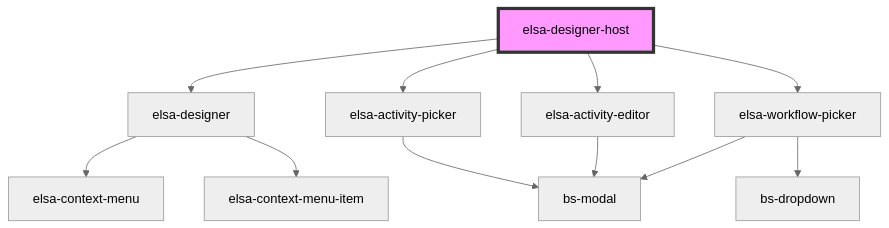
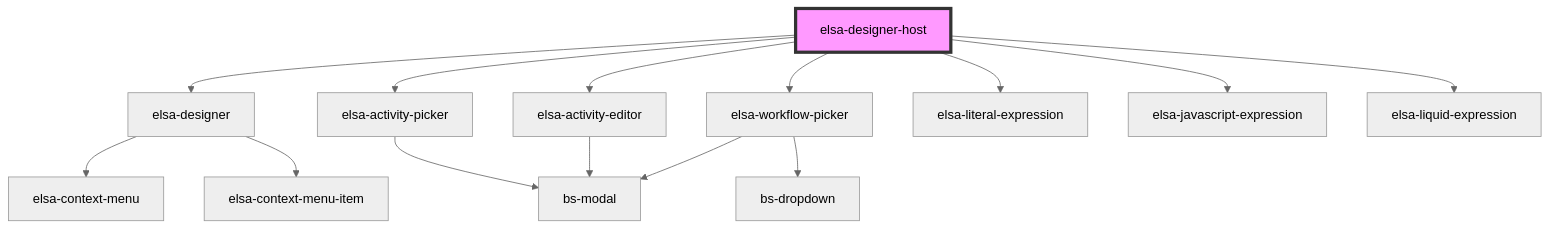
One commit to elsa-workflows/elsa-designer changed the diagram in v2/src/components/designer-host/readme.md. Above: the diagram before and after it, drawn with Mermaid (neutral theme). The commit also changed other lines of this file and 29 other files, not shown here.

````diff
--- a/v2/src/components/designer-host/readme.md
+++ b/v2/src/components/designer-host/readme.md
@@ -58,14 +61,17 @@
 ```mermaid
 graph TD;
   elsa-designer-host --> elsa-designer
   elsa-designer-host --> elsa-activity-picker
   elsa-designer-host --> elsa-activity-editor
   elsa-designer-host --> elsa-workflow-picker
+  elsa-designer-host --> elsa-literal-expression
+  elsa-designer-host --> elsa-javascript-expression
+  elsa-designer-host --> elsa-liquid-expression
   elsa-designer --> elsa-context-menu
   elsa-designer --> elsa-context-menu-item
   elsa-activity-picker --> bs-modal
   elsa-activity-editor --> bs-modal
   elsa-workflow-picker --> bs-dropdown
   elsa-workflow-picker --> bs-modal
   style elsa-designer-host fill:#f9f,stroke:#333,stroke-width:4px
 ```
````
